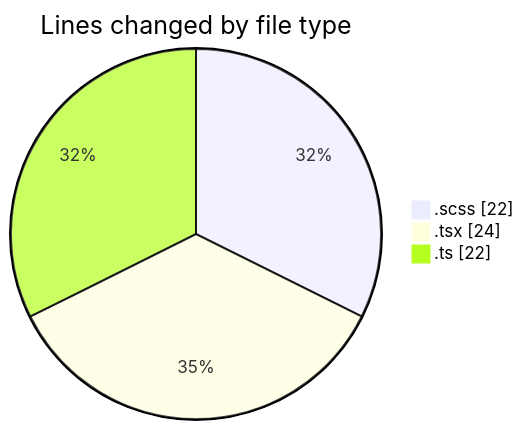
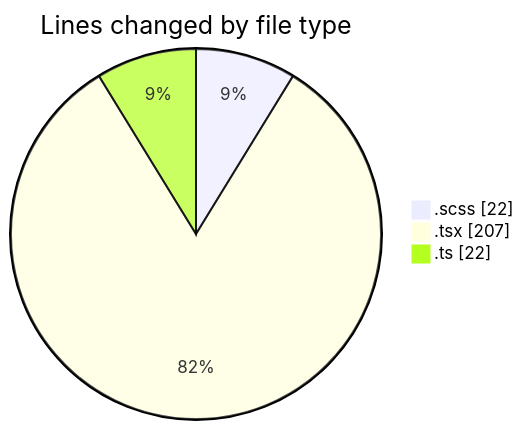
The first of 2 diagrams in 2025-02-10/cda/README.md (momahboobian/code-tracking), drawn with Mermaid before and after one commit. The commit also changed other lines of this file and 1 other file, not shown here.

````diff
--- a/2025-02-10/cda/README.md
+++ b/2025-02-10/cda/README.md
@@ -22,7 +22,7 @@
 ```mermaid
 pie showData
 title Lines changed by file type
 ".scss" : 22
-".tsx" : 24
+".tsx" : 207
 ".ts" : 22
 ```
````
